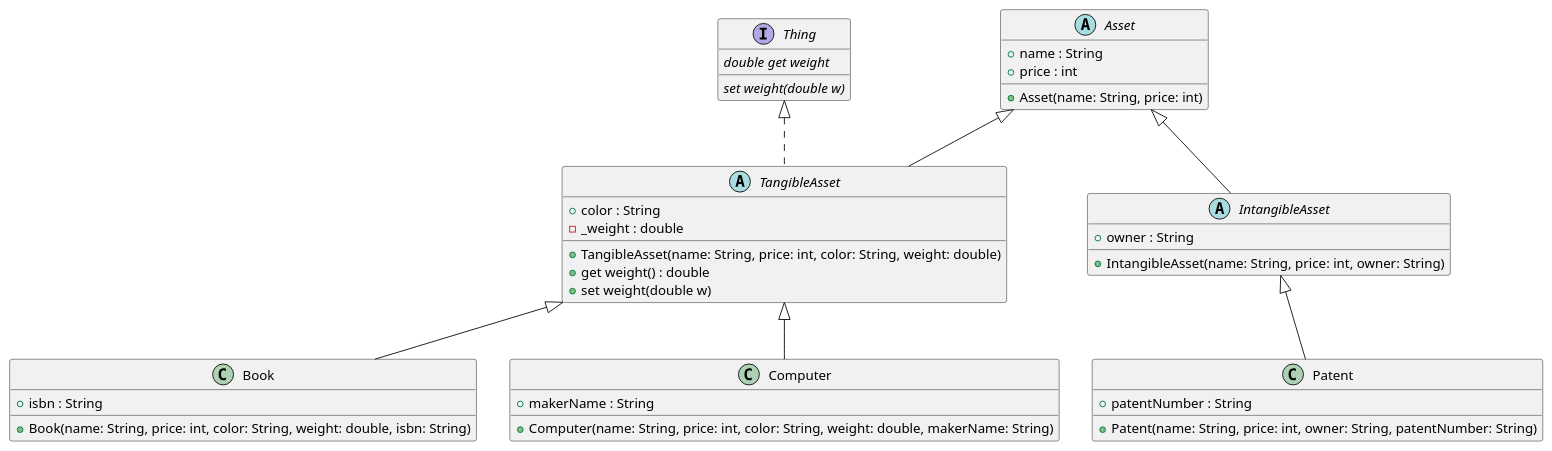
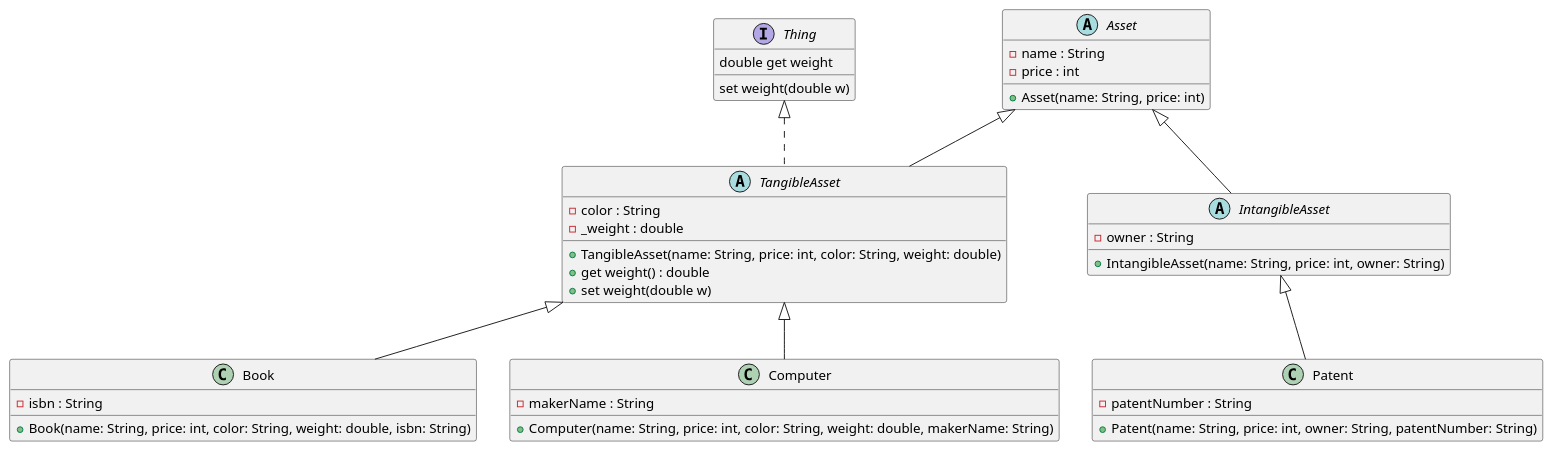
The diagram in lib/2025-03-19/interface_practice.puml (SurvivalCodingCampus/modu-3-dart-study), drawn with PlantUML before and after one commit. The commit also changed 16 other files, not shown here.

```diff
--- a/lib/2025-03-19/interface_practice.puml
+++ b/lib/2025-03-19/interface_practice.puml
@@ -1,48 +1,48 @@
 @startuml
-' Thing 인터페이스
+' Thing 인터페이스 (추상 인터페이스 클래스)
 interface Thing {
-  {abstract} double get weight
-  {abstract} set weight(double w)
+  double get weight
+  set weight(double w)
 }
 
 ' Asset 추상 클래스
 abstract class Asset {
-  + name : String
-  + price : int
+  - name : String
+  - price : int
   + Asset(name: String, price: int)
 }
 
 ' IntangibleAsset 추상 클래스 (Asset 상속)
 abstract class IntangibleAsset extends Asset {
-  + owner : String
+  - owner : String
   + IntangibleAsset(name: String, price: int, owner: String)
 }
 
 ' TangibleAsset 추상 클래스 (Asset 상속, Thing 구현)
 abstract class TangibleAsset extends Asset implements Thing {
-  + color : String
+  - color : String
   - _weight : double
   + TangibleAsset(name: String, price: int, color: String, weight: double)
   + get weight() : double
   + set weight(double w)
 }
 
 ' Patent 클래스 (IntangibleAsset 상속)
 class Patent extends IntangibleAsset {
-  + patentNumber : String
+  - patentNumber : String
   + Patent(name: String, price: int, owner: String, patentNumber: String)
 }
 
 ' Book 클래스 (TangibleAsset 상속)
 class Book extends TangibleAsset {
-  + isbn : String
+  - isbn : String
   + Book(name: String, price: int, color: String, weight: double, isbn: String)
 }
 
 ' Computer 클래스 (TangibleAsset 상속)
 class Computer extends TangibleAsset {
-  + makerName : String
+  - makerName : String
   + Computer(name: String, price: int, color: String, weight: double, makerName: String)
 }
 
 @enduml
```
